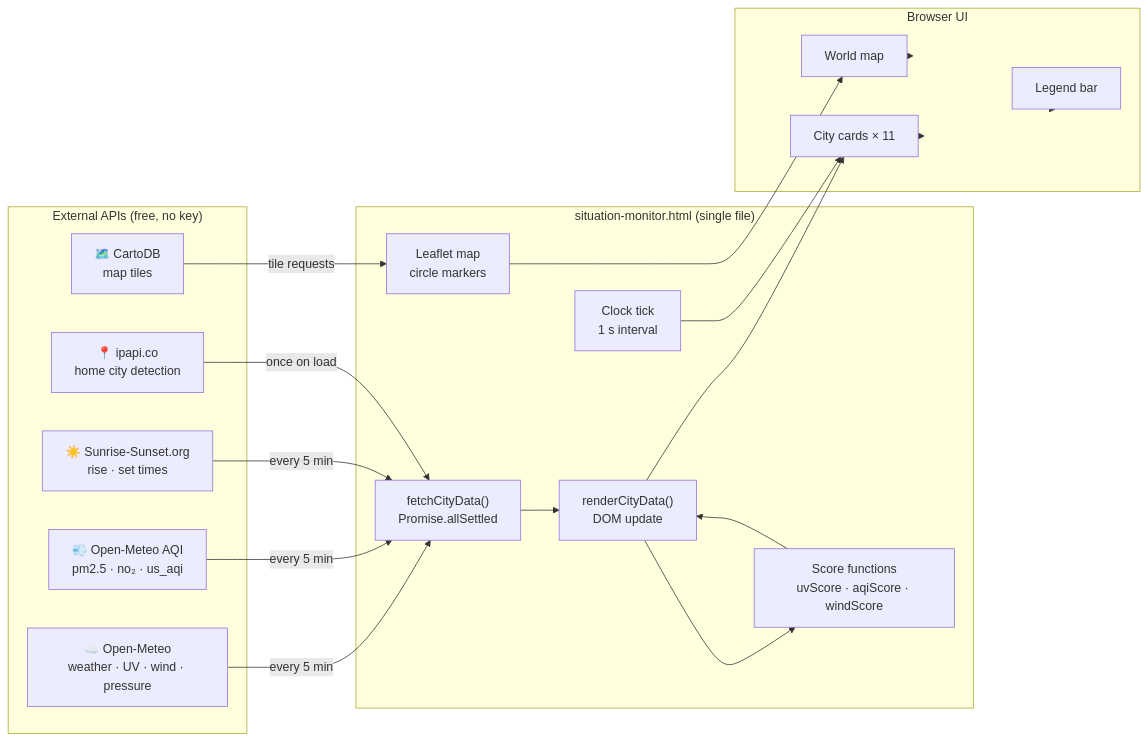
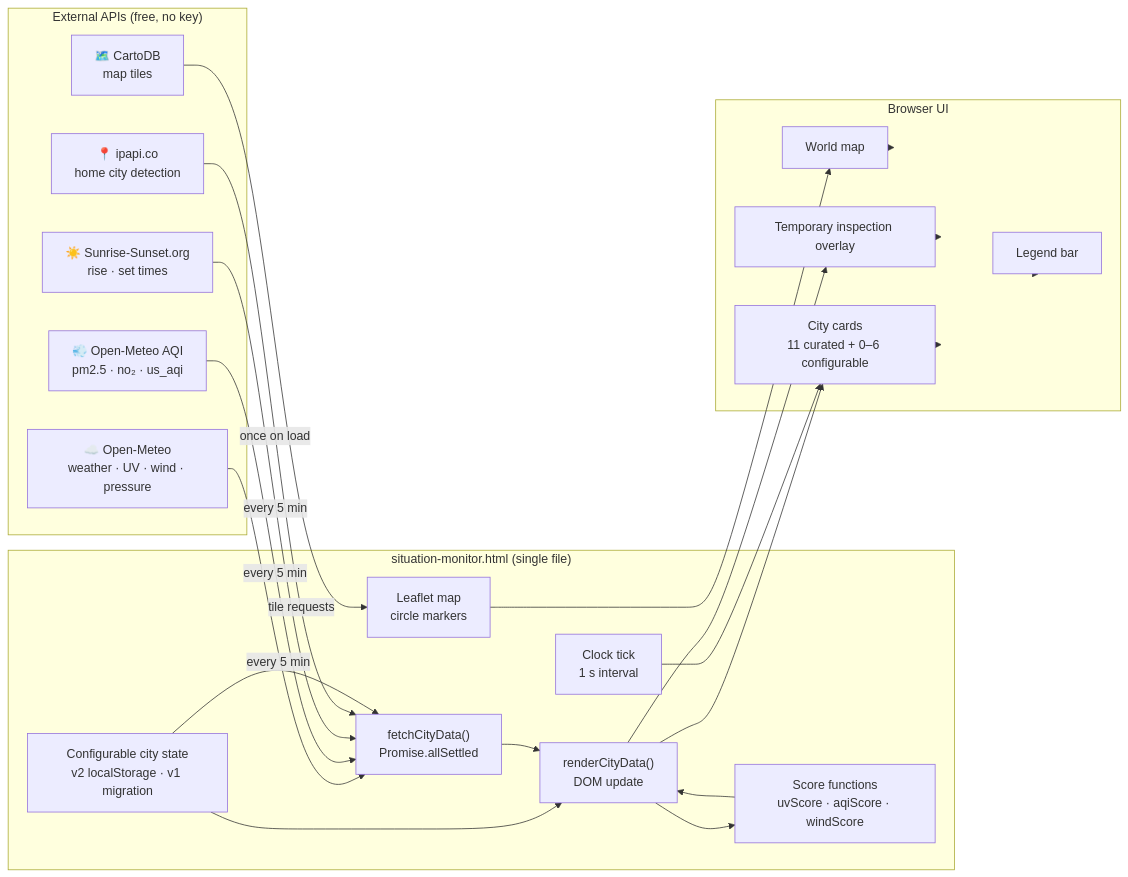
The second of 3 diagrams in docs/ARCHITECTURE.md (jmantyne/situation-monitor), drawn with Mermaid before and after one commit. The commit also changed 8 other files, not shown here.

````diff
--- a/docs/ARCHITECTURE.md
+++ b/docs/ARCHITECTURE.md
@@ -55,35 +55,40 @@
 ```mermaid
 flowchart LR
     subgraph APIs["External APIs (free, no key)"]
         OM["☁️ Open-Meteo\nweather · UV · wind · pressure"]
         AQ["💨 Open-Meteo AQI\npm2.5 · no₂ · us_aqi"]
         SS["☀️ Sunrise-Sunset.org\nrise · set times"]
         IP["📍 ipapi.co\nhome city detection"]
         CT["🗺️ CartoDB\nmap tiles"]
     end
 
     subgraph APP["situation-monitor.html (single file)"]
+        CF["Configurable city state\nv2 localStorage · v1 migration"]
         FC["fetchCityData()\nPromise.allSettled"]
         RD["renderCityData()\nDOM update"]
         SC["Score functions\nuvScore · aqiScore · windScore"]
         MP["Leaflet map\ncircle markers"]
         CK["Clock tick\n1 s interval"]
     end
 
     subgraph UI["Browser UI"]
-        CD["City cards × 11"]
+        CD["City cards\n11 curated + 0–6 configurable"]
+        TI["Temporary inspection overlay"]
         WM["World map"]
         LG["Legend bar"]
     end
 
     OM & AQ & SS -->|"every 5 min"| FC
     IP -->|"once on load"| FC
     CT -->|"tile requests"| MP
+    CF --> FC
+    CF --> RD
     FC --> RD
     RD --> SC
     SC --> RD
     RD --> CD
+    RD --> TI
     MP --> WM
     CK --> CD
-    CD & WM & LG --> UI
+    CD & TI & WM & LG --> UI
 ```
````
